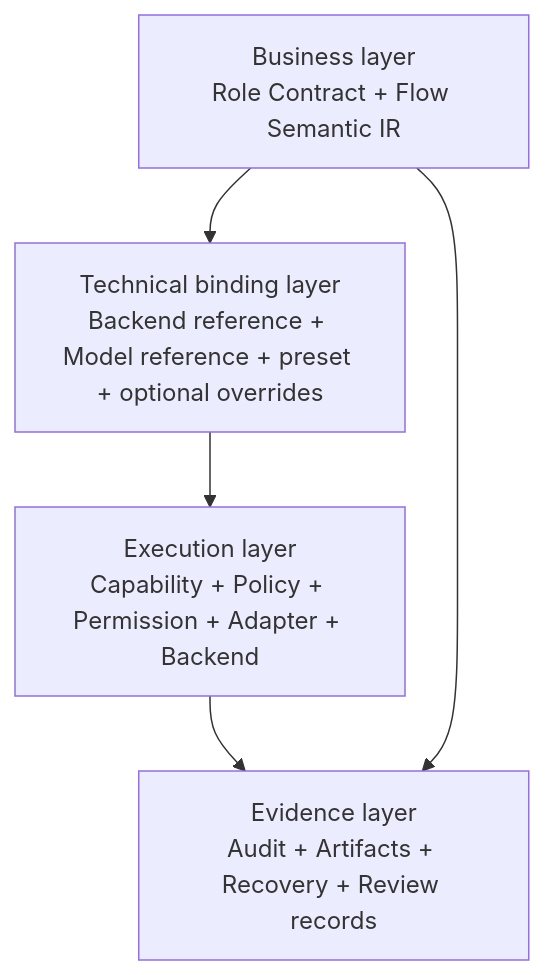
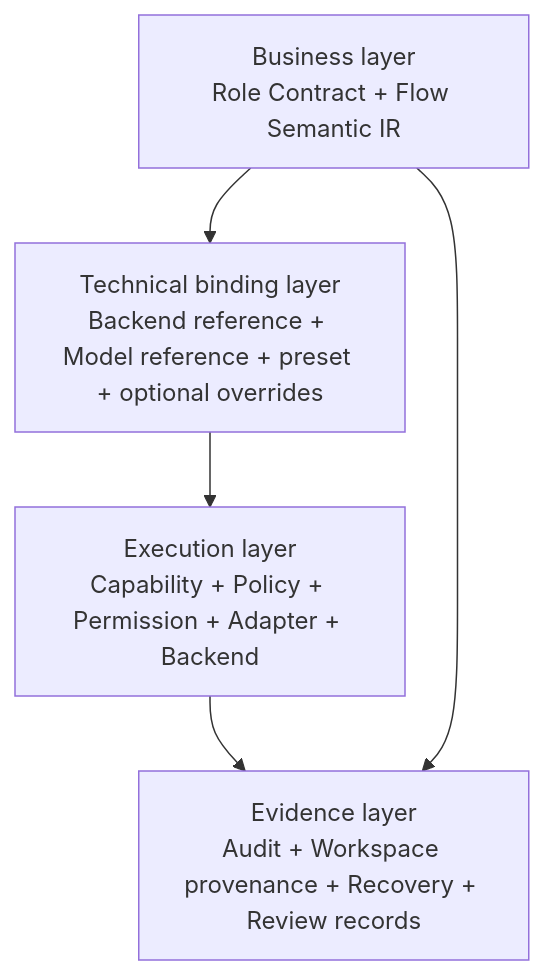
Before and after one commit to Fredericzhou/ogsystem: the second of 7 diagrams in docs/development/role-execution-architecture.md, drawn with Mermaid. The commit also changed other lines of this file and 123 other files, not shown here.

````diff
--- a/docs/development/role-execution-architecture.md
+++ b/docs/development/role-execution-architecture.md
@@ -615,12 +629,12 @@
 ```mermaid
 flowchart TB
     B["Business layer<br/>Role Contract + Flow Semantic IR"]
     T["Technical binding layer<br/>Backend reference + Model reference + preset + optional overrides"]
     X["Execution layer<br/>Capability + Policy + Permission + Adapter + Backend"]
-    E["Evidence layer<br/>Audit + Artifacts + Recovery + Review records"]
+    E["Evidence layer<br/>Audit + Workspace provenance + Recovery + Review records"]
 
     B --> T
     T --> X
     X --> E
     B --> E
 ```
````
